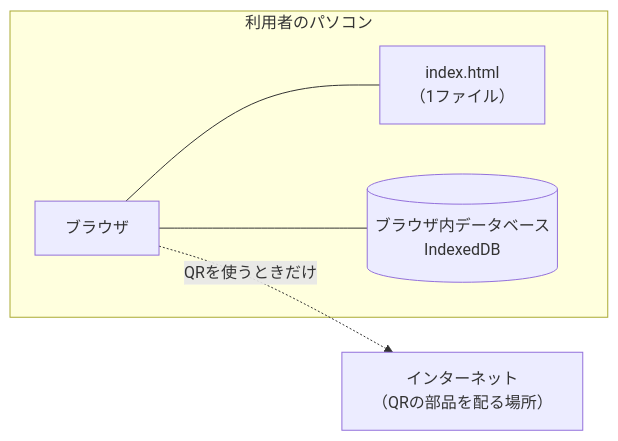
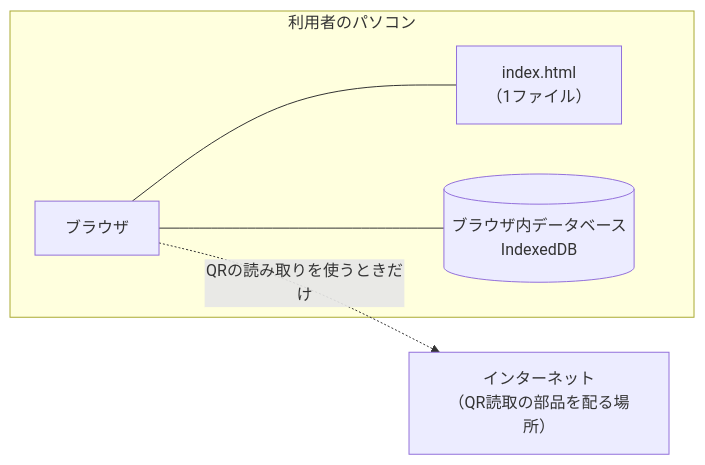
One commit to Neo-Oi/neo_event_tool changed the first of 8 diagrams in docs/基本設計書.md. Above: the diagram before and after it, drawn with Mermaid. The commit also changed other lines of this file and 5 other files, not shown here.

````diff
--- a/docs/基本設計書.md
+++ b/docs/基本設計書.md
@@ -54,12 +54,12 @@
 ```mermaid
 graph LR
     subgraph PC["利用者のパソコン"]
         BR["ブラウザ"]
         HTML["index.html<br/>（1ファイル）"]
         DB[("ブラウザ内データベース<br/>IndexedDB")]
         BR --- HTML
         BR --- DB
     end
-    CDN["インターネット<br/>（QRの部品を配る場所）"]
-    BR -. "QRを使うときだけ" .-> CDN
+    CDN["インターネット<br/>（QR読取の部品を配る場所）"]
+    BR -. "QRの読み取りを使うときだけ" .-> CDN
 ```
````
